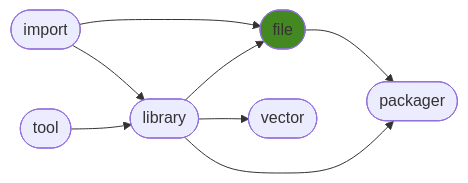
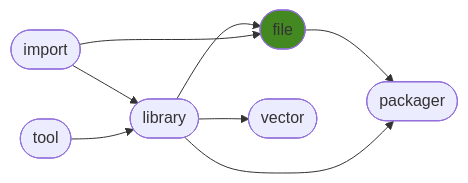
One commit to ManderaGeneral/generalfile changed the diagram in README.md. Above: the diagram before and after it, drawn with Mermaid. The commit also changed other lines of this file, not shown here.

````diff
--- a/README.md
+++ b/README.md
@@ -24,17 +24,17 @@
 ```mermaid
 flowchart LR
+2([library]) --> 4([vector])
 0([import]) --> 2([library])
-0([import]) --> 3([file])
-1([tool]) --> 2([library])
 2([library]) --> 3([file])
 3([file]) --> 5([packager])
-2([library]) --> 4([vector])
+1([tool]) --> 2([library])
+0([import]) --> 3([file])
 2([library]) --> 5([packager])
 click 0 "https://github.com/ManderaGeneral/generalimport"
 click 1 "https://github.com/ManderaGeneral/generaltool"
 click 2 "https://github.com/ManderaGeneral/generallibrary"
 click 3 "https://github.com/ManderaGeneral/generalfile"
 click 4 "https://github.com/ManderaGeneral/generalvector"
 click 5 "https://github.com/ManderaGeneral/generalpackager"
 style 3 fill:#482
 ```
````
